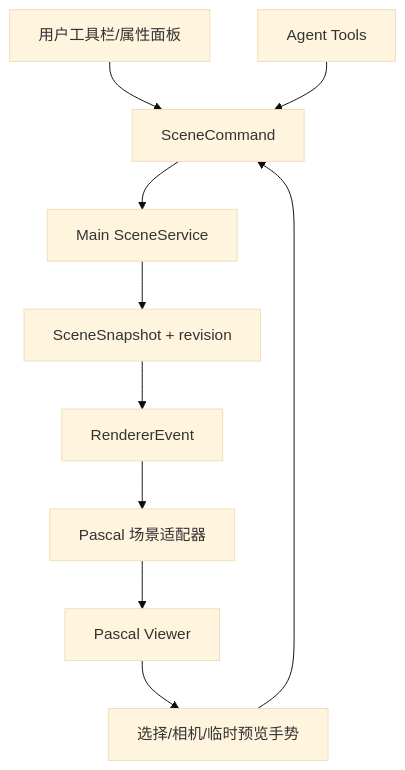
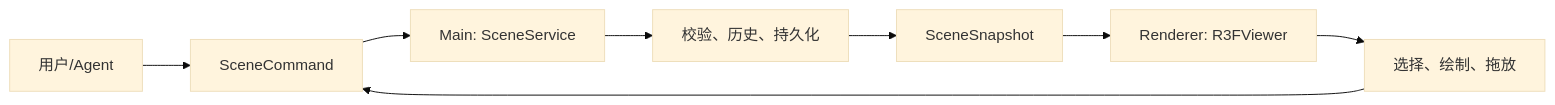
Before and after one commit to xy200303/ArchAgent: the diagram in docs/design/ArchAgent-编辑器设计方案.md, drawn with Mermaid (base theme). The commit also changed other lines of this file and 40 other files, not shown here.

````diff
--- a/docs/design/ArchAgent-编辑器设计方案.md
+++ b/docs/design/ArchAgent-编辑器设计方案.md
@@ -55,12 +23,10 @@
 ```mermaid
-graph TB
-    U[用户工具栏/属性面板] --> C[SceneCommand]
-    A[Agent Tools] --> C
-    C --> S[Main SceneService]
-    S --> D[SceneSnapshot + revision]
-    D --> E[RendererEvent]
-    E --> P[Pascal 场景适配器]
-    P --> V[Pascal Viewer]
-    V --> I[选择/相机/临时预览手势]
-    I --> C
+flowchart LR
+  U[用户/Agent] --> C[SceneCommand]
+  C --> S[Main: SceneService]
+  S --> H[校验、历史、持久化]
+  H --> X[SceneSnapshot]
+  X --> R[Renderer: R3FViewer]
+  R --> I[选择、绘制、拖放]
+  I --> C
 ```
````
